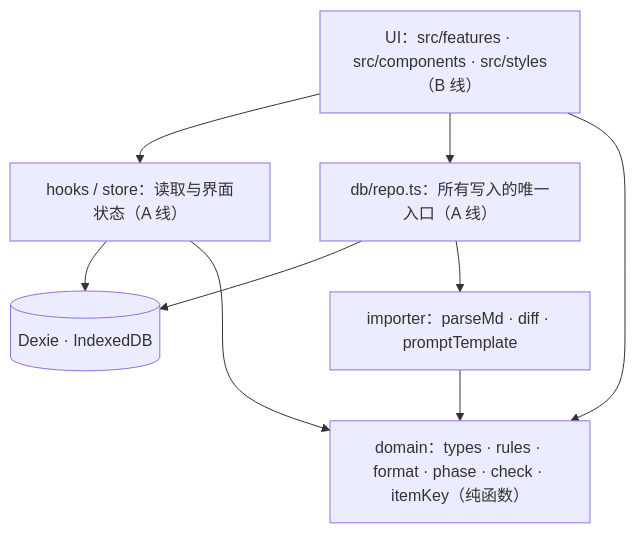
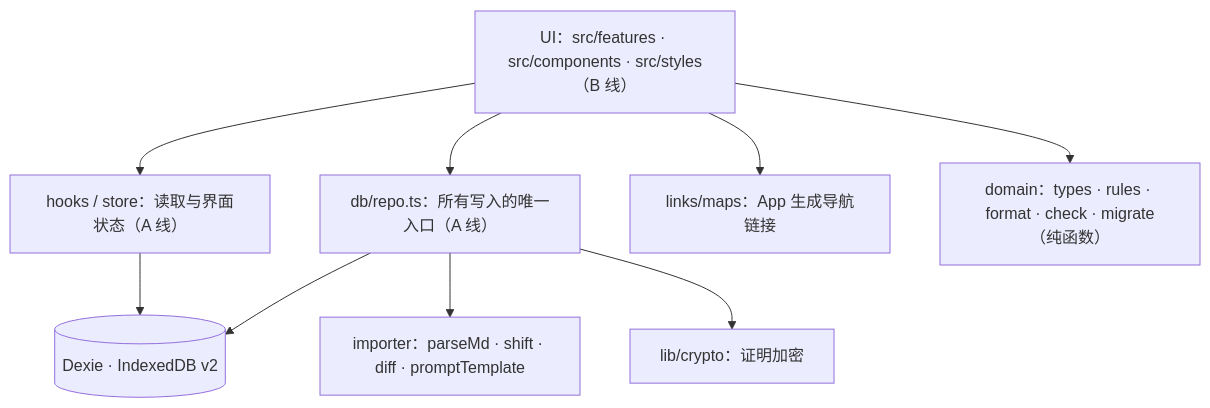
Before and after one commit to Nelsontan0410/travel-rundown: the first of 3 diagrams in docs/architecture.md, drawn with Mermaid. The commit also changed other lines of this file and 44 other files, not shown here.

````diff
--- a/docs/architecture.md
+++ b/docs/architecture.md
@@ -6,11 +7,11 @@
 ```mermaid
 flowchart TD
   UI["UI：src/features · src/components · src/styles（B 线）"] --> HK["hooks / store：读取与界面状态（A 线）"]
   UI --> REPO["db/repo.ts：所有写入的唯一入口（A 线）"]
-  HK --> DB[("Dexie · IndexedDB")]
+  HK --> DB[("Dexie · IndexedDB v2")]
   REPO --> DB
-  REPO --> IMP["importer：parseMd · diff · promptTemplate"]
-  UI --> DOM["domain：types · rules · format · phase · check · itemKey（纯函数）"]
-  HK --> DOM
-  IMP --> DOM
+  REPO --> IMP["importer：parseMd · shift · diff · promptTemplate"]
+  REPO --> LIB["lib/crypto：证明加密"]
+  UI --> LINKS["links/maps：App 生成导航链接"]
+  UI --> DOM["domain：types · rules · format · check · migrate（纯函数）"]
 ```
````
